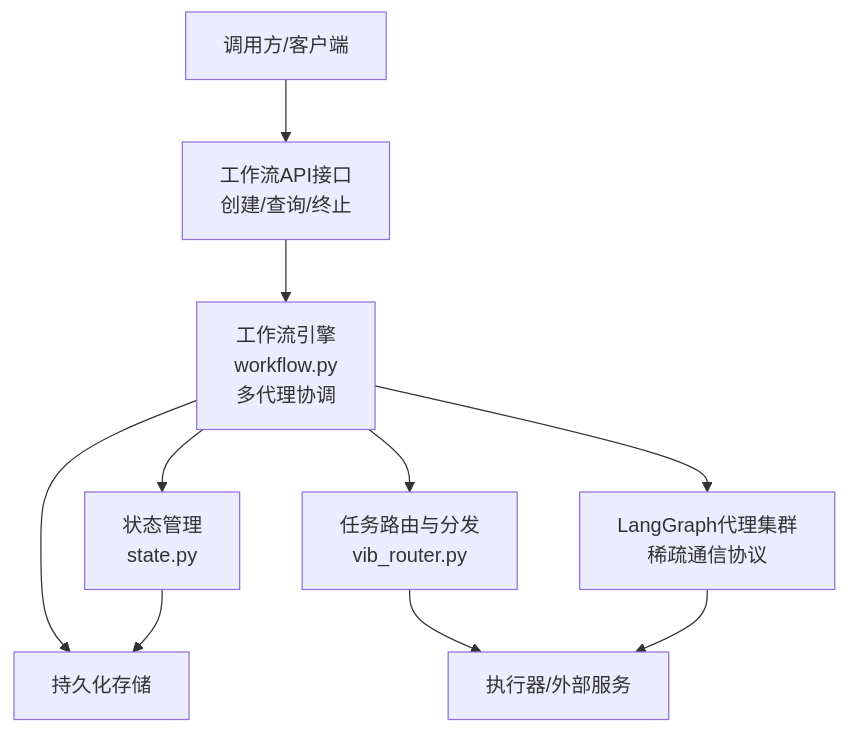
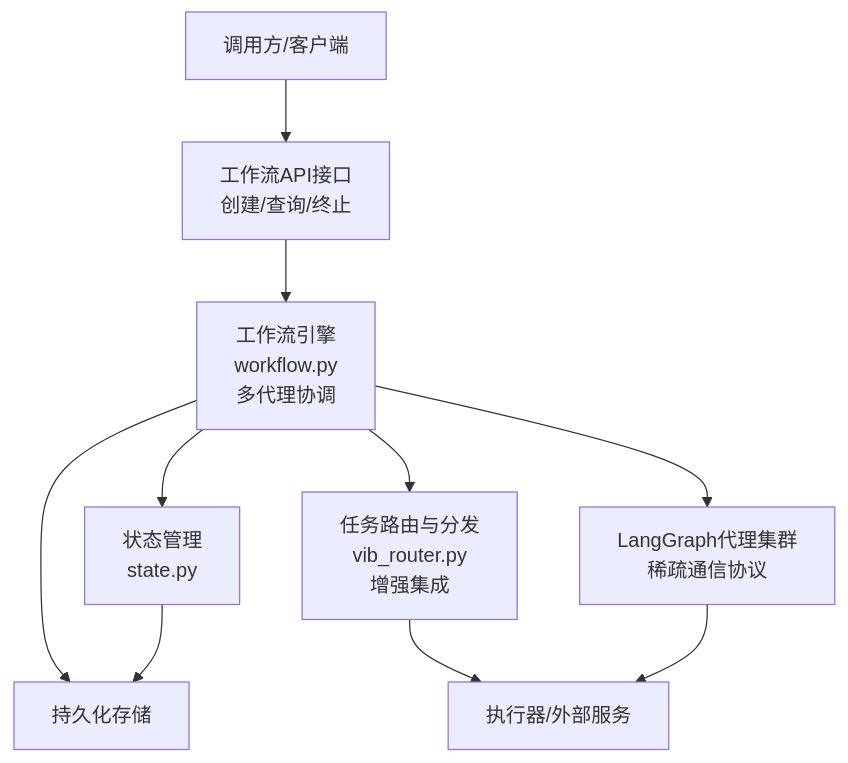
One commit to QuStarry/VIB-SparseCommunication changed the second of 6 diagrams in .qoder/repowiki/zh/content/核心架构/工作流引擎.md. Above: the diagram before and after it, drawn with Mermaid. The commit also changed other lines of this file and 18 other files, not shown here.

First line of the commit message:
feat(vib_router): 优化VIB路由器参数配置与多组件集成

````diff
--- a/.qoder/repowiki/zh/content/核心架构/工作流引擎.md
+++ b/.qoder/repowiki/zh/content/核心架构/工作流引擎.md
@@ -92,20 +93,20 @@
 ```mermaid
 graph TB
 Client["调用方/客户端"]
 API["工作流API接口<br/>创建/查询/终止"]
 Engine["工作流引擎<br/>workflow.py<br/>多代理协调"]
 State["状态管理<br/>state.py"]
-Router["任务路由与分发<br/>vib_router.py"]
+Router["任务路由与分发<br/>vib_router.py<br/>增强集成"]
 Agents["LangGraph代理集群<br/>稀疏通信协议"]
 Executors["执行器/外部服务"]
 Store["持久化存储"]
 Client --> API
 API --> Engine
 Engine --> State
 Engine --> Router
 Engine --> Agents
 Router --> Executors
 Agents --> Executors
 Engine --> Store
 State --> Store
 ```
````
